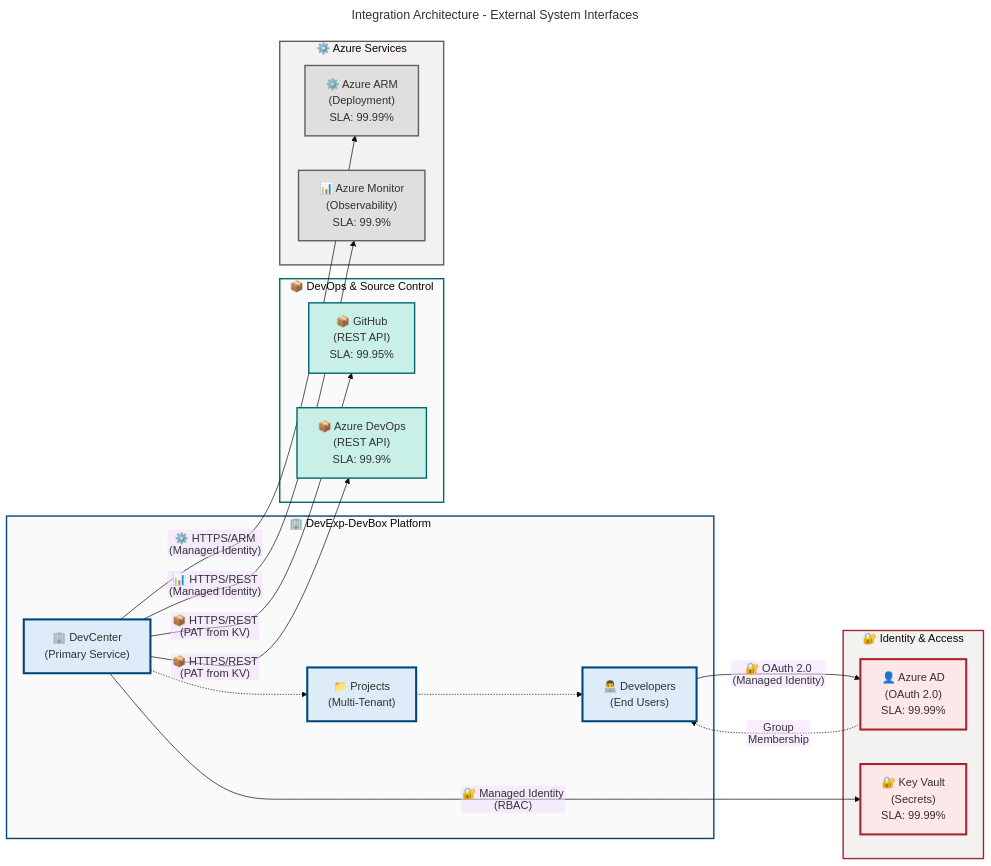
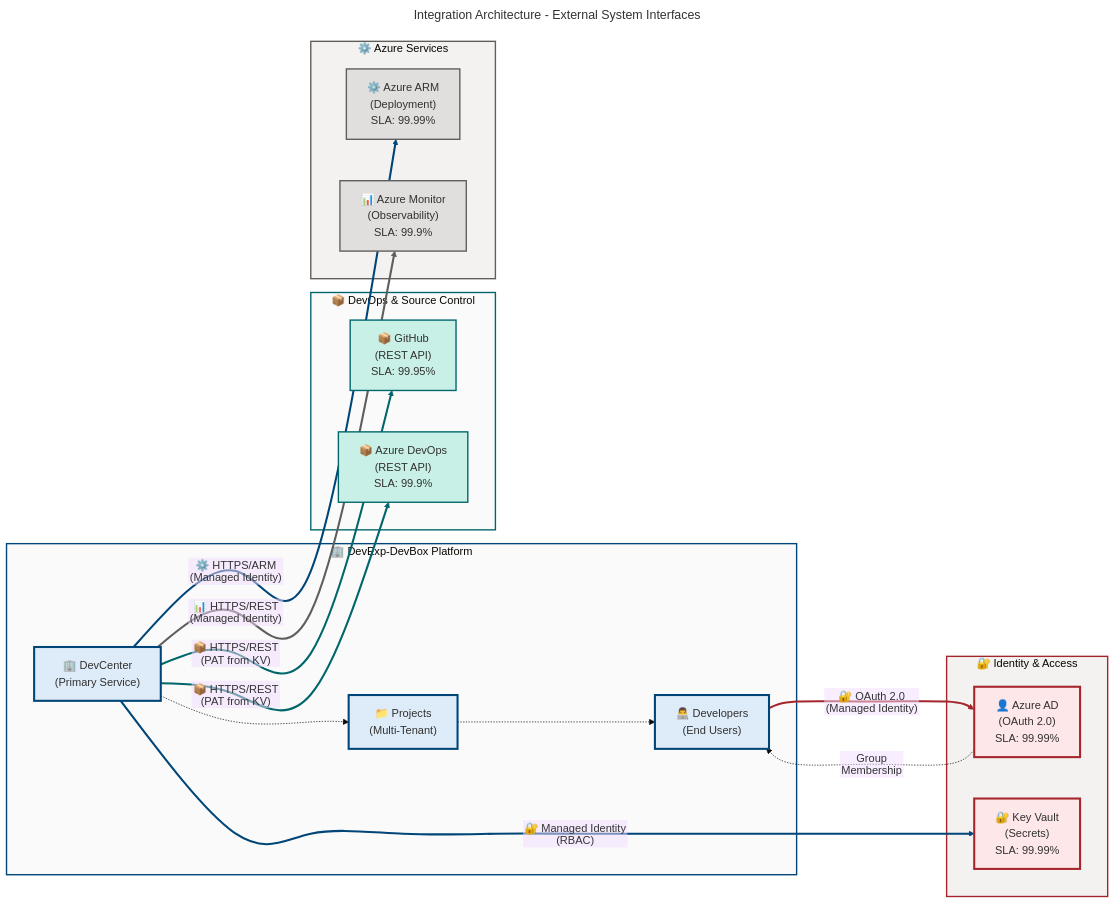
The fourth of 4 diagrams in docs/architecture/Business-Architecture.md (Evilazaro/DevExp-DevBox), drawn with Mermaid before and after one commit. The commit also changed other lines of this file, not shown here.

Commit message:
feat: enhance Mermaid diagrams with advanced edge animations and styling for critical paths

```diff
--- a/docs/architecture/Business-Architecture.md
+++ b/docs/architecture/Business-Architecture.md
@@ -997,6 +1021,9 @@
     fontSize: '16px'
   flowchart:
     htmlLabels: false
+    curve: natural
+    nodeSpacing: 60
+    rankSpacing: 80
 ---
 flowchart LR
     accTitle: Integration Architecture - External System Interfaces
@@ -1027,15 +1054,23 @@
         MON["📊 Azure Monitor<br/>(Observability)<br/>SLA: 99.9%"]:::azure
     end
 
-    %% Authentication flows (solid lines)
-    DEV -->|"🔐 OAuth 2.0<br/>(Managed Identity)"| AAD
-    DC -->|"🔐 Managed Identity<br/>(RBAC)"| KV
+%% Authentication flows (emphasized solid lines)
+    DEV e10@==>|"🔐 OAuth 2.0<br/>(Managed Identity)"| AAD
+    DC e11@==>|"🔐 Managed Identity<br/>(RBAC)"| KV
 
-    %% Integration flows (solid lines)
-    DC -->|"📦 HTTPS/REST<br/>(PAT from KV)"| GH
-    DC -->|"📦 HTTPS/REST<br/>(PAT from KV)"| ADO
-    DC -->|"⚙️ HTTPS/ARM<br/>(Managed Identity)"| ARM
-    DC -->|"📊 HTTPS/REST<br/>(Managed Identity)"| MON
+    %% Integration flows (emphasized solid lines)
+    DC e12@==>|"📦 HTTPS/REST<br/>(PAT from KV)"| GH
+    DC e13@==>|"📦 HTTPS/REST<br/>(PAT from KV)"| ADO
+    DC e14@==>|"⚙️ HTTPS/ARM<br/>(Managed Identity)"| ARM
+    DC e15@==>|"📊 HTTPS/REST<br/>(Managed Identity)"| MON
+
+    %% Critical integration edge styling (P3 feature)
+    linkStyle 0 stroke:#A4262C,stroke-width:3px
+    linkStyle 1 stroke:#004578,stroke-width:3px
+    linkStyle 2 stroke:#00666B,stroke-width:3px
+    linkStyle 3 stroke:#00666B,stroke-width:3px
+    linkStyle 4 stroke:#004578,stroke-width:3px
+    linkStyle 5 stroke:#605E5C,stroke-width:3px
 
     %% User and project relationships (dashed lines)
     AAD -.->|"Group<br/>Membership"| DEV
```
